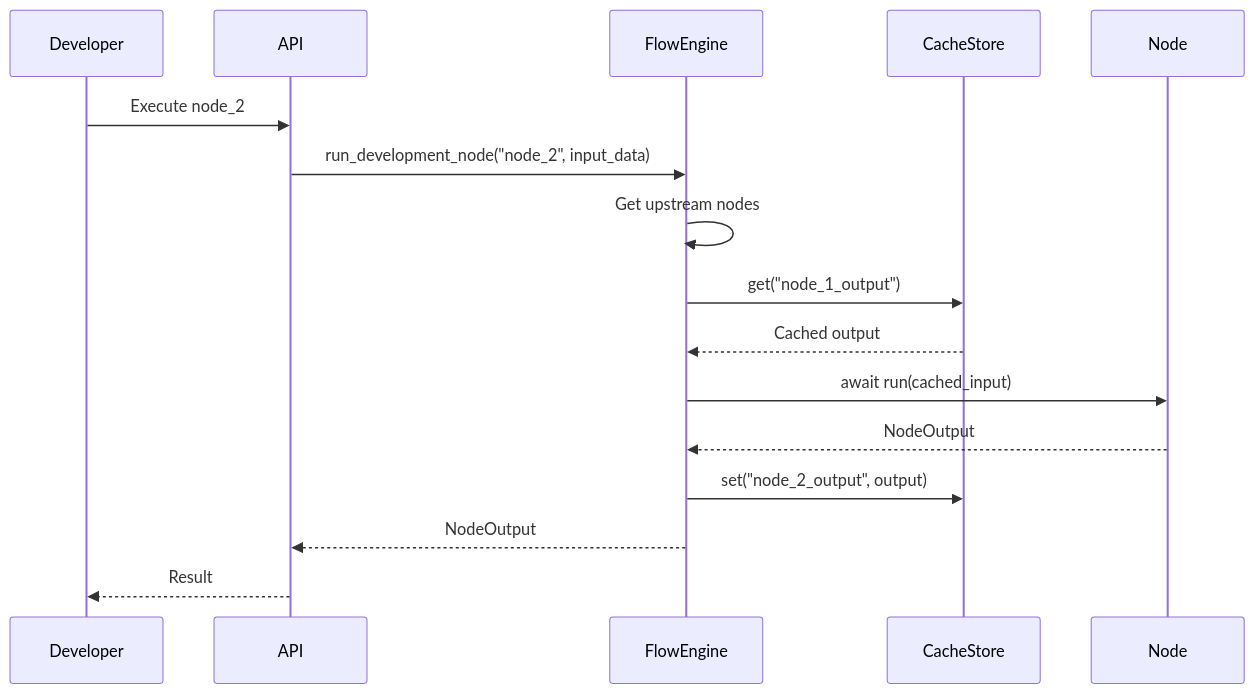
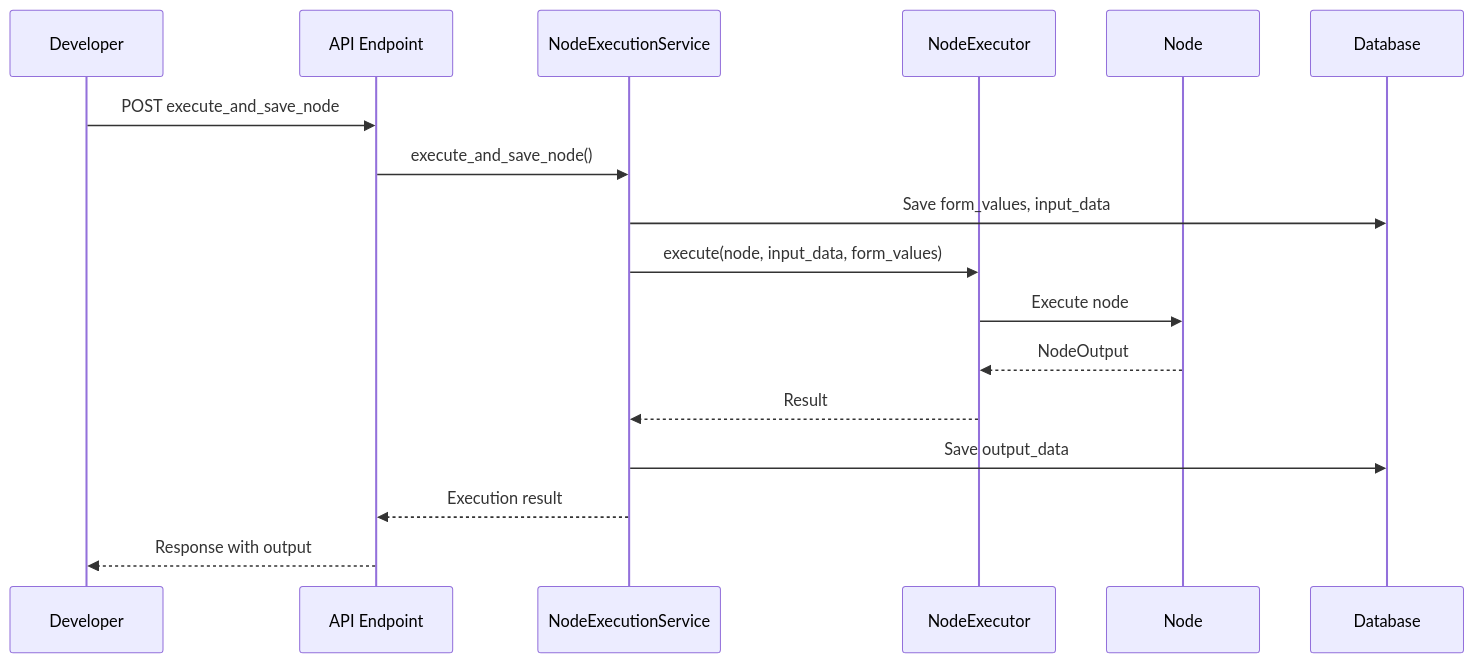
The diagram in docs/10-Development-Workflow.md (Roshan-yadav-evil-genius/TheOneEye-Backend), drawn with Mermaid before and after one commit. The commit also changed other lines of this file and 10 other files, not shown here.

````diff
--- a/docs/10-Development-Workflow.md
+++ b/docs/10-Development-Workflow.md
@@ -40,19 +44,20 @@
 ```mermaid
 sequenceDiagram
     participant Dev as Developer
-    participant API as API
-    participant FE as FlowEngine
-    participant Cache as CacheStore
+    participant API as API Endpoint
+    participant Service as NodeExecutionService
+    participant NodeExecutor as NodeExecutor
     participant Node as Node
+    participant DB as Database
 
-    Dev->>API: Execute node_2
-    API->>FE: run_development_node("node_2", input_data)
-    FE->>FE: Get upstream nodes
-    FE->>Cache: get("node_1_output")
-    Cache-->>FE: Cached output
-    FE->>Node: await run(cached_input)
-    Node-->>FE: NodeOutput
-    FE->>Cache: set("node_2_output", output)
-    FE-->>API: NodeOutput
-    API-->>Dev: Result
+    Dev->>API: POST execute_and_save_node
+    API->>Service: execute_and_save_node()
+    Service->>DB: Save form_values, input_data
+    Service->>NodeExecutor: execute(node, input_data, form_values)
+    NodeExecutor->>Node: Execute node
+    Node-->>NodeExecutor: NodeOutput
+    NodeExecutor-->>Service: Result
+    Service->>DB: Save output_data
+    Service-->>API: Execution result
+    API-->>Dev: Response with output
 ```
````
